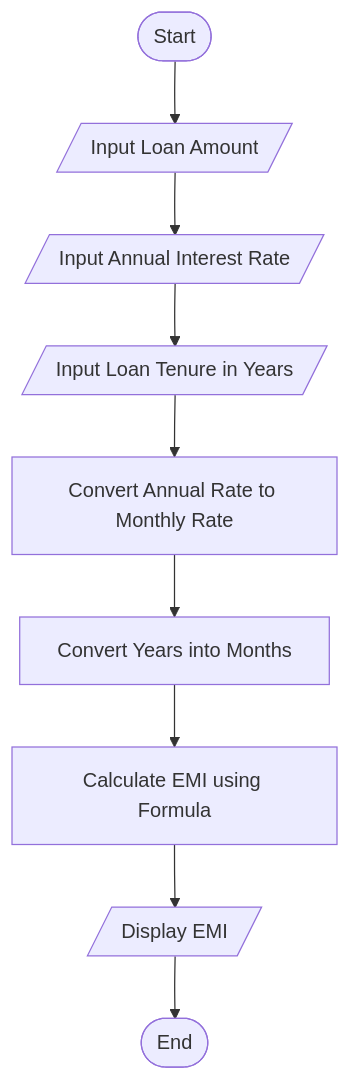
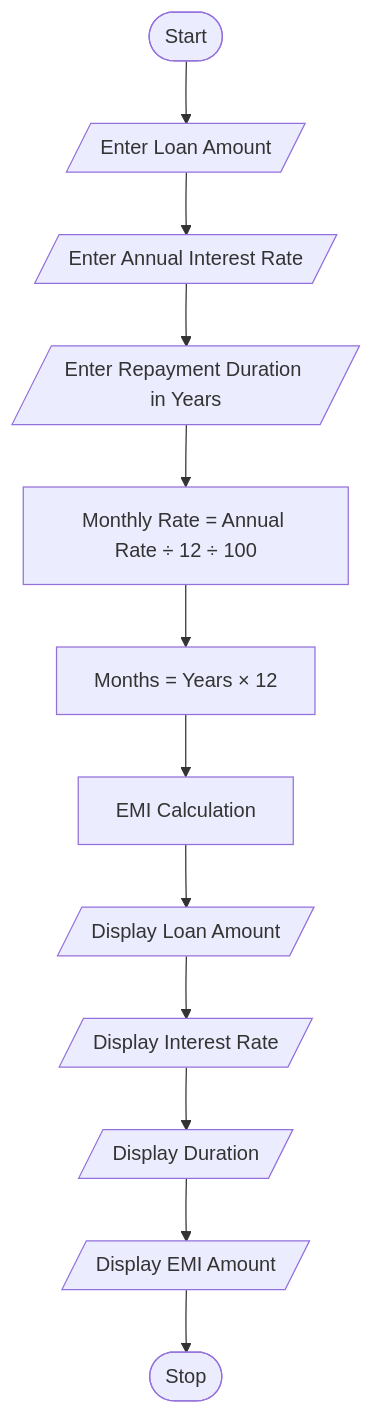
One commit to bhupendrasai1818/Python changed the diagram in Unit1/Task22/Loan EMI Calculator.md. Above: the diagram before and after it, drawn with Mermaid. The commit also changed other lines of this file and 2 other files, not shown here.

Commit message:
Loan EMI Calculator

````diff
--- a/Unit1/Task22/Loan EMI Calculator.md
+++ b/Unit1/Task22/Loan EMI Calculator.md
@@ -25,11 +47,18 @@
 ```mermaid
 flowchart TD
-    A([Start]) --> B[/Input Loan Amount/]
-    B --> C[/Input Annual Interest Rate/]
-    C --> D[/Input Loan Tenure in Years/]
-    D --> E[Convert Annual Rate to Monthly Rate]
-    E --> F[Convert Years into Months]
-    F --> G[Calculate EMI using Formula]
-    G --> H[/Display EMI/]
-    H --> I([End])
+    A([Start]) --> B[/Enter Loan Amount/]
+    B --> C[/Enter Annual Interest Rate/]
+    C --> D[/Enter Repayment Duration in Years/]
+
+    D --> E[Monthly Rate = Annual Rate ÷ 12 ÷ 100]
+    E --> F[Months = Years × 12]
+
+    F --> G[EMI Calculation]
+
+    G --> H[/Display Loan Amount/]
+    H --> I[/Display Interest Rate/]
+    I --> J[/Display Duration/]
+    J --> K[/Display EMI Amount/]
+
+    K --> L([Stop])
 ```
````
